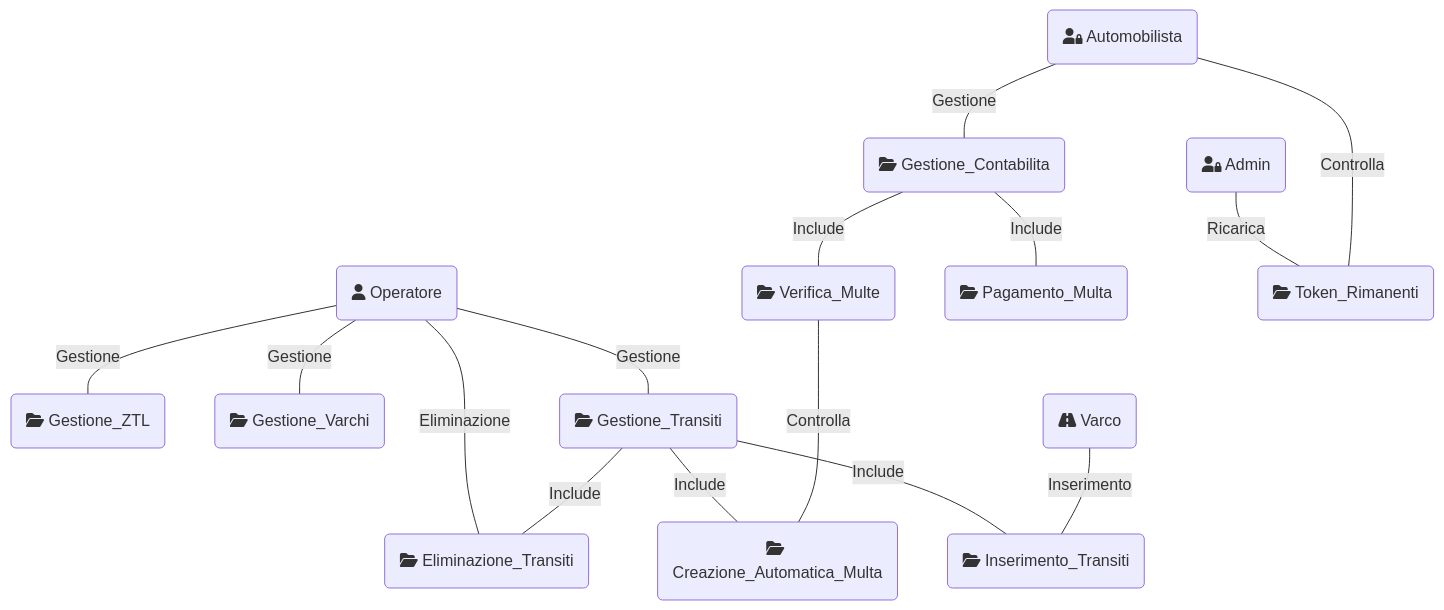
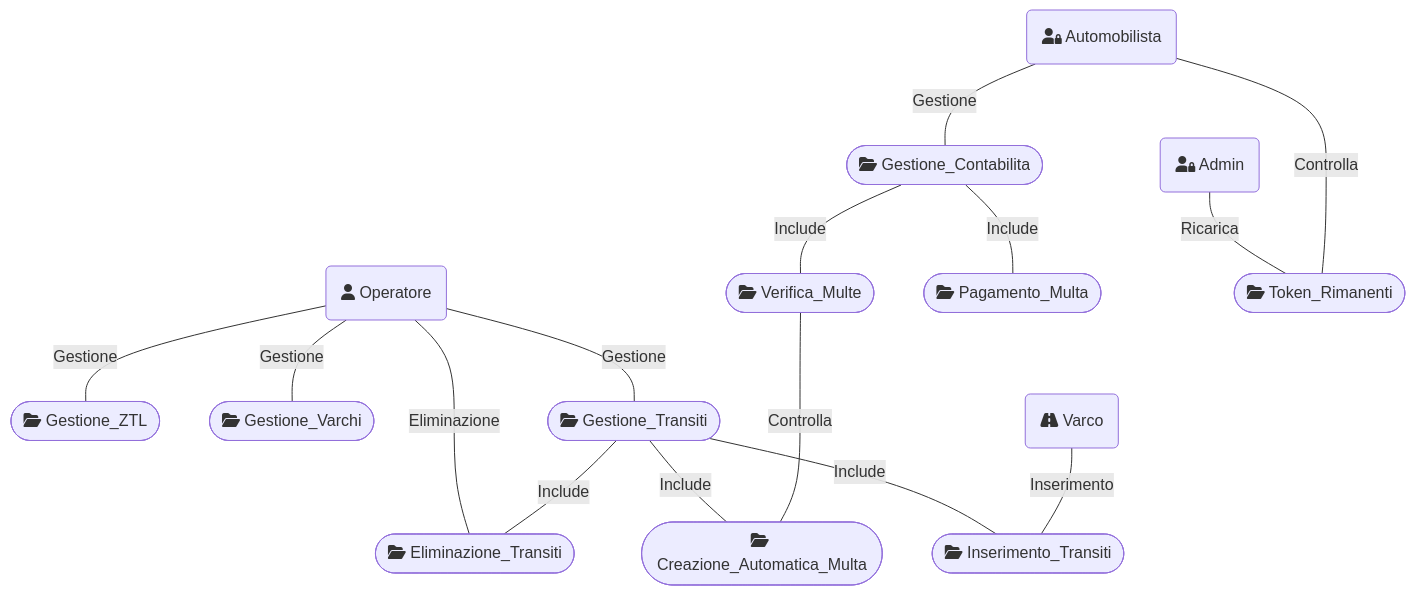
One commit to Arianna6400/Adv_Prog changed the second of 12 diagrams in README.md. Above: the diagram before and after it, drawn with Mermaid.

Commit message:
Update README.md
correzione

````diff
--- a/README.md
+++ b/README.md
@@ -123,22 +123,22 @@
 ```mermaid
 graph TD
-    Operatore(fa:fa-user Operatore) ---|Gestione| GestioneZTL(fa:fa-folder-open Gestione_ZTL)
-    Operatore ---|Gestione| GestioneVarchi(fa:fa-folder-open Gestione_Varchi)
-    Operatore ---|Gestione| GestioneTransiti(fa:fa-folder-open Gestione_Transiti)
-    Operatore ---|Eliminazione| EliminazioneTransiti(fa:fa-folder-open Eliminazione_e_Update_Transiti)
+    Operatore(fa:fa-user Operatore) ---|Gestione| GestioneZTL([fa:fa-folder-open Gestione_ZTL])
+    Operatore ---|Gestione| GestioneVarchi([fa:fa-folder-open Gestione_Varchi])
+    Operatore ---|Gestione| GestioneTransiti([fa:fa-folder-open Gestione_Transiti])
+    Operatore ---|Eliminazione| EliminazioneTransiti([fa:fa-folder-open Eliminazione_e_Update_Transiti])
 
-    GestioneTransiti ---|Include| InserimentoTransiti(fa:fa-folder-open Inserimento_Transiti)
-    GestioneTransiti ---|Include| EliminazioneTransiti(fa:fa-folder-open Eliminazione_Transiti)
-    GestioneTransiti ---|Include| CreazioneAutomaticaMulta(fa:fa-folder-open Creazione_Automatica_Multa)
+    GestioneTransiti ---|Include| InserimentoTransiti([fa:fa-folder-open Inserimento_Transiti])
+    GestioneTransiti ---|Include| EliminazioneTransiti([fa:fa-folder-open Eliminazione_Transiti])
+    GestioneTransiti ---|Include| CreazioneAutomaticaMulta([fa:fa-folder-open Creazione_Automatica_Multa])
 
     VerificaMulte ----|Controlla| CreazioneAutomaticaMulta
     Varco(fa:fa-road Varco) ---|Inserimento| InserimentoTransiti
 
-    Automobilista(fa:fa-user-lock Automobilista) ---|Gestione| GestioneContabilita(fa:fa-folder-open Gestione_Contabilita)
+    Automobilista(fa:fa-user-lock Automobilista) ---|Gestione| GestioneContabilita([fa:fa-folder-open Gestione_Contabilita])
 
-    GestioneContabilita(fa:fa-folder-open Gestione_Contabilita) ---|Include| VerificaMulte(fa:fa-folder-open Verifica_Multe)
-    GestioneContabilita ---|Include| PagamentoMulta(fa:fa-folder-open Pagamento_Multa)
+    GestioneContabilita ---|Include| VerificaMulte([fa:fa-folder-open Verifica_Multe])
+    GestioneContabilita ---|Include| PagamentoMulta([fa:fa-folder-open Pagamento_Multa])
 
-    Admin(fa:fa-user-lock Admin) ---|Ricarica| TokenRimanenti(fa:fa-folder-open Token_Rimanenti)
+    Admin(fa:fa-user-lock Admin) ---|Ricarica| TokenRimanenti([fa:fa-folder-open Token_Rimanenti])
     Automobilista ----|Controlla| TokenRimanenti
 ```
````
